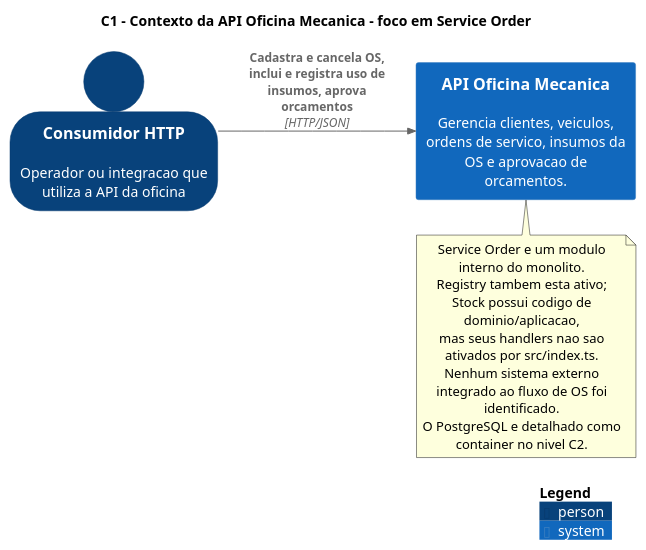
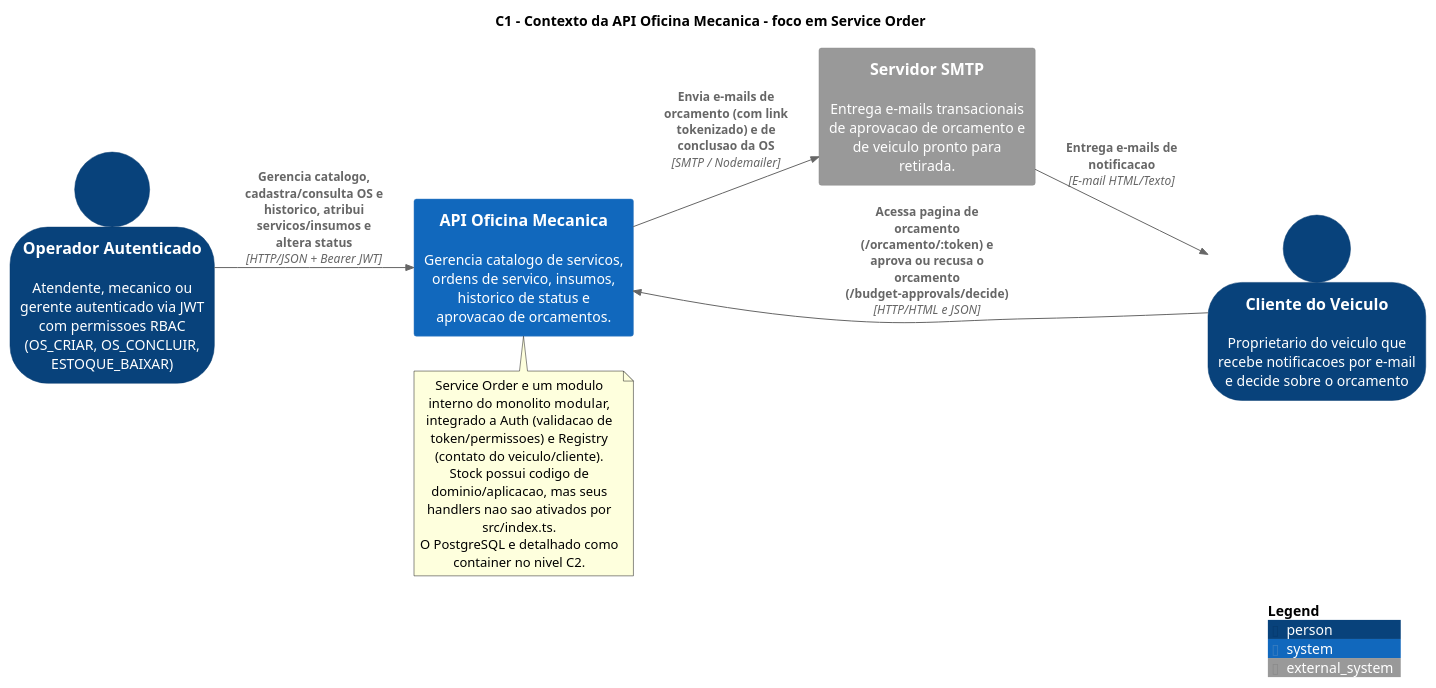
Before and after one commit to 15soat-fiap-45/api.mecanica: the diagram in docs/plantuml/c4-service-order-context.puml, drawn with PlantUML. The commit also changed 8 other files, not shown here.

Commit message:
docs(service-order): align C4 and PlantUML diagrams with current implementation

```diff
--- a/docs/plantuml/c4-service-order-context.puml
+++ b/docs/plantuml/c4-service-order-context.puml
@@ -1,19 +1,24 @@
 @startuml service_order_c1_context
 !include https://raw.githubusercontent.com/plantuml-stdlib/C4-PlantUML/master/C4_Context.puml
 title C1 - Contexto da API Oficina Mecanica - foco em Service Order
 LAYOUT_LEFT_RIGHT()
 SHOW_PERSON_OUTLINE()
 
-Person(consumer, "Consumidor HTTP", "Operador ou integracao que utiliza a API da oficina")
-System(workshop, "API Oficina Mecanica", "Gerencia clientes, veiculos, ordens de servico, insumos da OS e aprovacao de orcamentos.")
-Rel(consumer, workshop, "Cadastra e cancela OS, inclui e registra uso de insumos, aprova orcamentos", "HTTP/JSON")
+Person(operator, "Operador Autenticado", "Atendente, mecanico ou gerente autenticado via JWT com permissoes RBAC (OS_CRIAR, OS_CONCLUIR, ESTOQUE_BAIXAR)")
+Person(customer, "Cliente do Veiculo", "Proprietario do veiculo que recebe notificacoes por e-mail e decide sobre o orcamento")
+System(workshop, "API Oficina Mecanica", "Gerencia catalogo de servicos, ordens de servico, insumos, historico de status e aprovacao de orcamentos.")
+System_Ext(smtp, "Servidor SMTP", "Entrega e-mails transacionais de aprovacao de orcamento e de veiculo pronto para retirada.")
+
+Rel(operator, workshop, "Gerencia catalogo, cadastra/consulta OS e historico, atribui servicos/insumos e altera status", "HTTP/JSON + Bearer JWT")
+Rel(workshop, smtp, "Envia e-mails de orcamento (com link tokenizado) e de conclusao da OS", "SMTP / Nodemailer")
+Rel(smtp, customer, "Entrega e-mails de notificacao", "E-mail HTML/Texto")
+Rel(customer, workshop, "Acessa pagina de orcamento (/orcamento/:token) e aprova ou recusa o orcamento (/budget-approvals/decide)", "HTTP/HTML e JSON")
 
 note bottom of workshop
-  Service Order e um modulo interno do monolito.
-  Registry tambem esta ativo; Stock possui codigo de dominio/aplicacao,
-  mas seus handlers nao sao ativados por src/index.ts.
-  Nenhum sistema externo integrado ao fluxo de OS foi identificado.
+  Service Order e um modulo interno do monolito modular,
+  integrado a Auth (validacao de token/permissoes) e Registry (contato do veiculo/cliente).
+  Stock possui codigo de dominio/aplicacao, mas seus handlers nao sao ativados por src/index.ts.
   O PostgreSQL e detalhado como container no nivel C2.
 end note
 SHOW_LEGEND()
 @enduml
```
